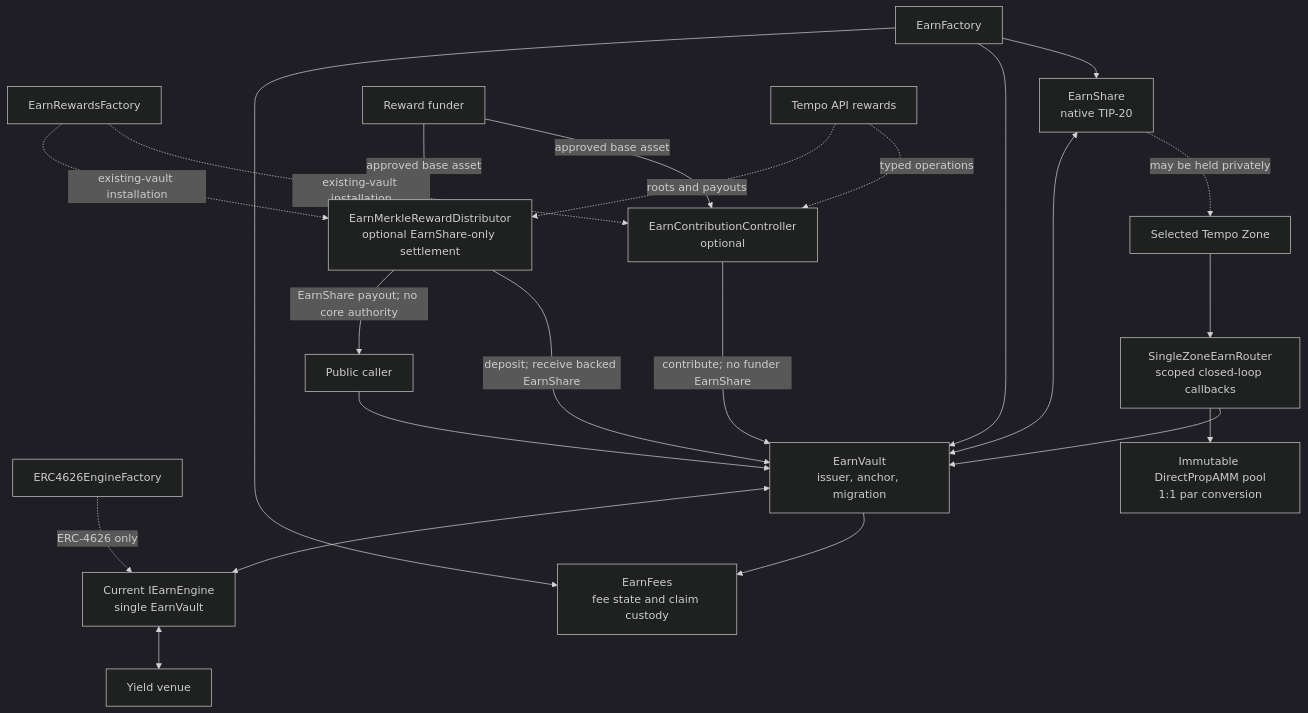
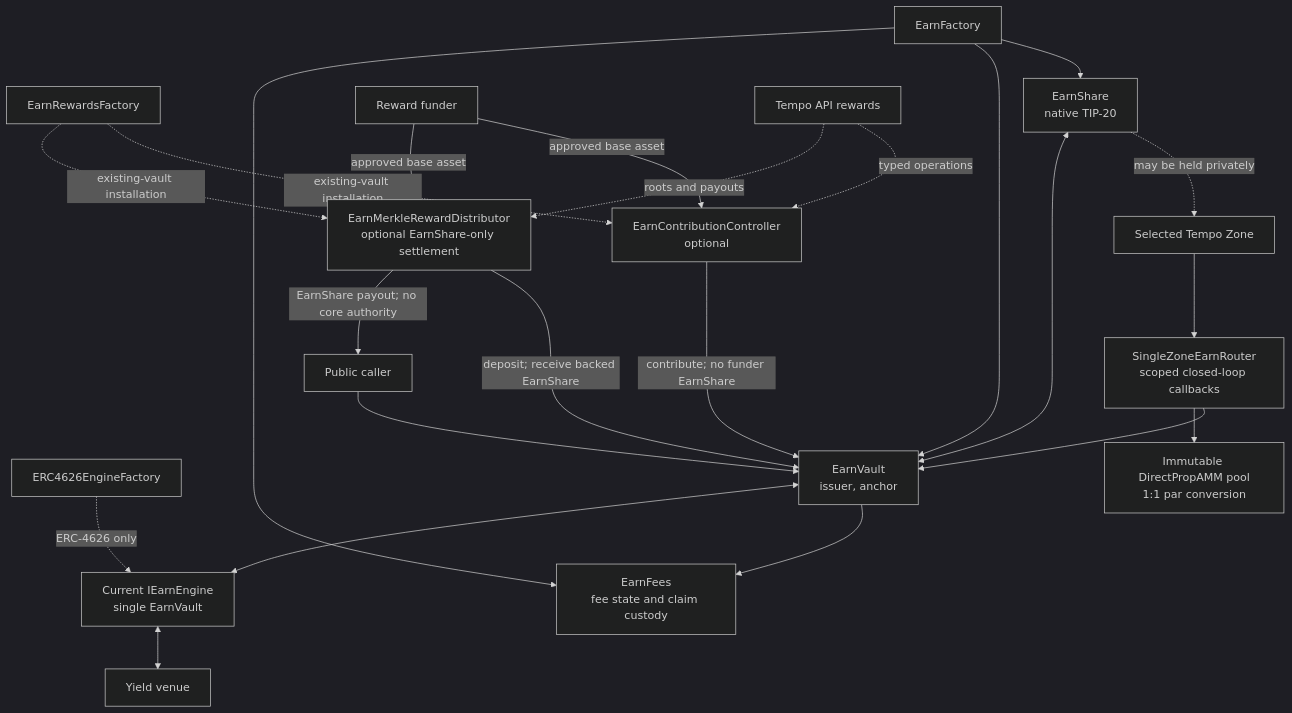
Before and after one commit to tempoxyz/contracts: the diagram in docs/architecture/system.md, drawn with Mermaid (dark theme). The commit also changed other lines of this file and 28 other files, not shown here.

````diff
--- a/docs/architecture/system.md
+++ b/docs/architecture/system.md
@@ -61,44 +60,44 @@
 ```mermaid
 flowchart TB
     EngineFactory["ERC4626EngineFactory"]
     Factory["EarnFactory"]
     RewardsFactory["EarnRewardsFactory"]
     Token["EarnShare<br/>native TIP-20"]
-    EarnVault["EarnVault<br/>issuer, anchor, migration"]
+    EarnVault["EarnVault<br/>issuer, anchor"]
     Fees["EarnFees<br/>fee state and claim custody"]
     Engine["Current IEarnEngine<br/>single EarnVault"]
     Venue["Yield venue"]
 
     Public["Public caller"]
     RewardFunder["Reward funder"]
     RewardOps["Tempo API rewards"]
     Zone["Selected Tempo Zone"]
     ZoneRouter["SingleZoneEarnRouter<br/>scoped closed-loop callbacks"]
     Swap["Immutable DirectPropAMM pool<br/>1:1 par conversion"]
     Controller["EarnContributionController<br/>optional"]
     Rewards["EarnMerkleRewardDistributor<br/>optional EarnShare-only settlement"]
 
     Factory --> Token
     Factory --> EarnVault
     Factory --> Fees
     RewardsFactory -. "existing-vault installation" .-> Controller
     RewardsFactory -. "existing-vault installation" .-> Rewards
     EngineFactory -. "ERC-4626 only" .-> Engine
     EarnVault <--> Token
     EarnVault --> Fees
     EarnVault <--> Engine
     Engine <--> Venue
 
     Public --> EarnVault
     Zone --> ZoneRouter
     ZoneRouter --> EarnVault
     ZoneRouter --> Swap
     Token -. "may be held privately" .-> Zone
     RewardOps -. "typed operations" .-> Controller
     RewardOps -. "roots and payouts" .-> Rewards
     RewardFunder -->|"approved base asset"| Controller
     RewardFunder -->|"approved base asset"| Rewards
     Controller -->|"contribute; no funder EarnShare"| EarnVault
     Rewards -->|"deposit; receive backed EarnShare"| EarnVault
     Rewards -->|"EarnShare payout; no core authority"| Public
 ```
````
